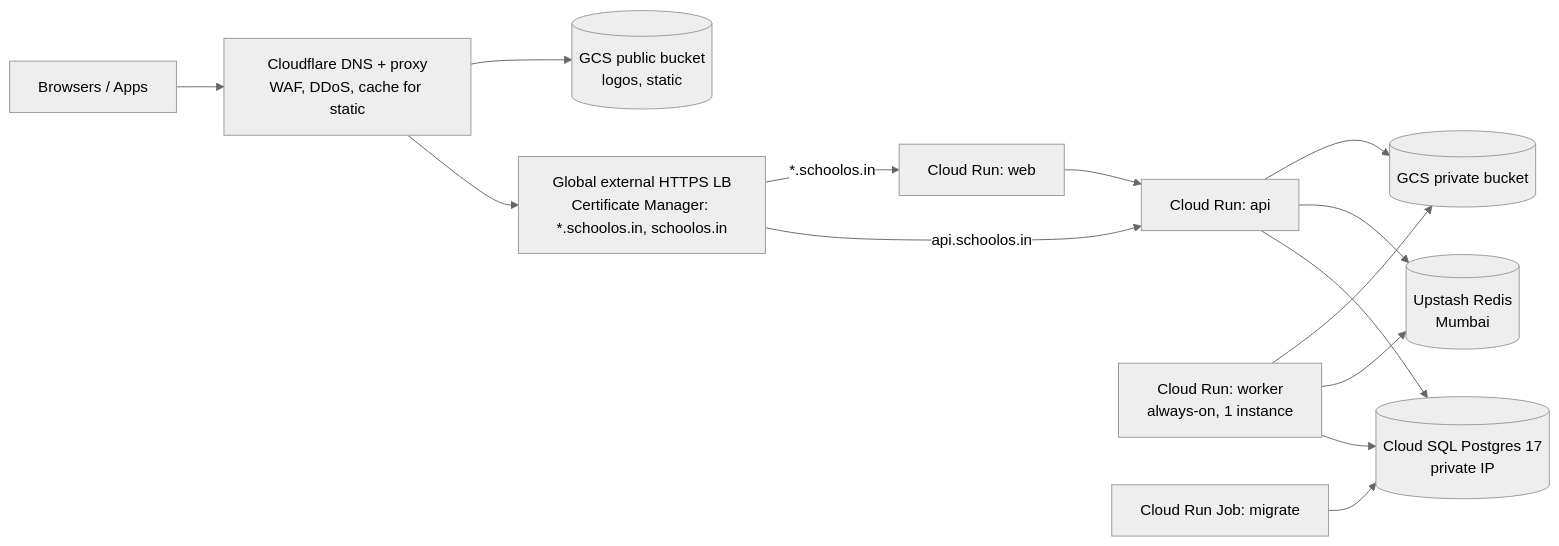
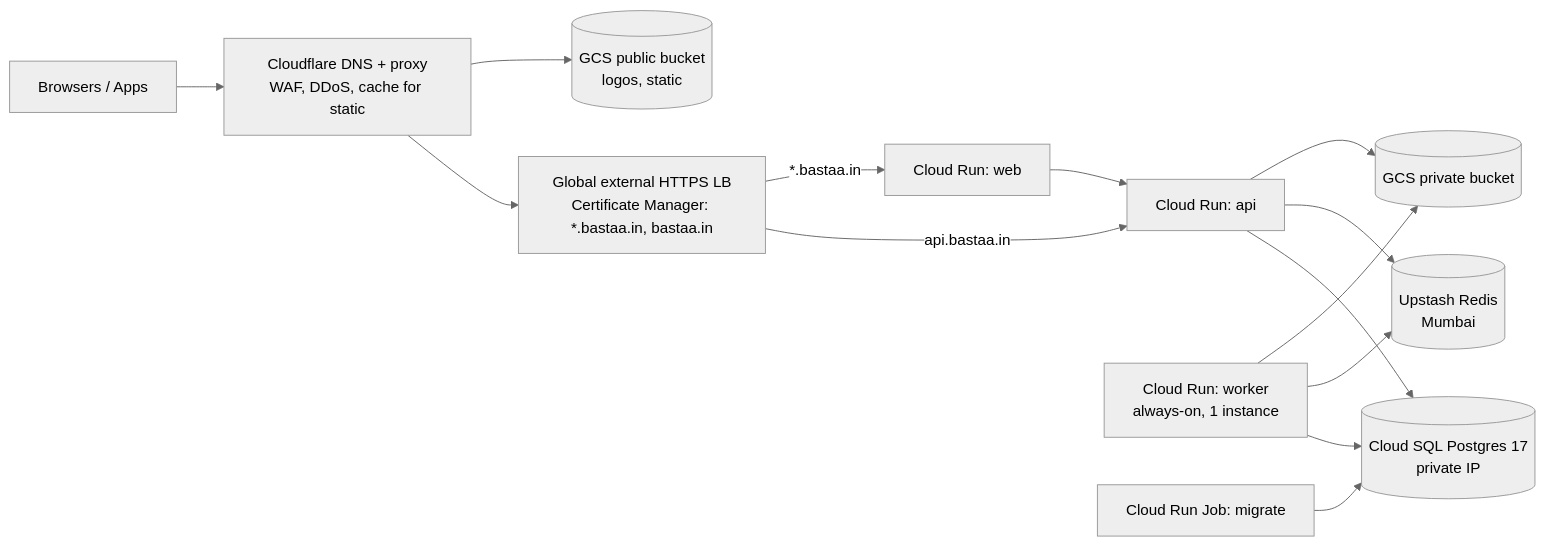
One commit to manashsingh52/School_ERP changed the first of 2 diagrams in docs/10-infrastructure.md. Above: the diagram before and after it, drawn with Mermaid (neutral theme). The commit also changed other lines of this file and 114 other files, not shown here.

````diff
--- a/docs/10-infrastructure.md
+++ b/docs/10-infrastructure.md
@@ -48,16 +48,16 @@
 ```mermaid
 flowchart LR
   U[Browsers / Apps] --> CF[Cloudflare DNS + proxy<br/>WAF, DDoS, cache for static]
-  CF --> LB[Global external HTTPS LB<br/>Certificate Manager: *.schoolos.in, schoolos.in]
-  LB -- "api.schoolos.in" --> API[Cloud Run: api]
-  LB -- "*.schoolos.in" --> WEB[Cloud Run: web]
+  CF --> LB[Global external HTTPS LB<br/>Certificate Manager: *.bastaa.in, bastaa.in]
+  LB -- "api.bastaa.in" --> API[Cloud Run: api]
+  LB -- "*.bastaa.in" --> WEB[Cloud Run: web]
   WEB --> API
   API --> SQL[(Cloud SQL Postgres 17<br/>private IP)]
   WRK[Cloud Run: worker<br/>always-on, 1 instance] --> SQL
   API --> R[(Upstash Redis<br/>Mumbai)]
   WRK --> R
   API --> GCS[(GCS private bucket)]
   WRK --> GCS
   CF --> PUB[(GCS public bucket<br/>logos, static)]
   JOB[Cloud Run Job: migrate] --> SQL
 ```
````
